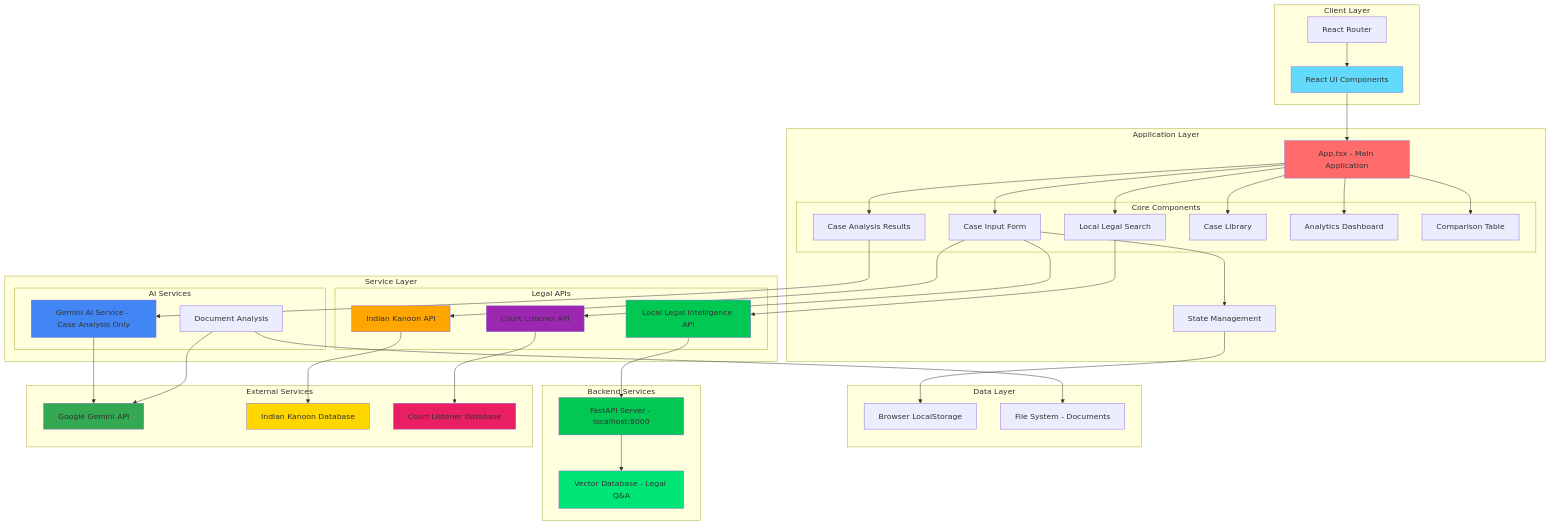
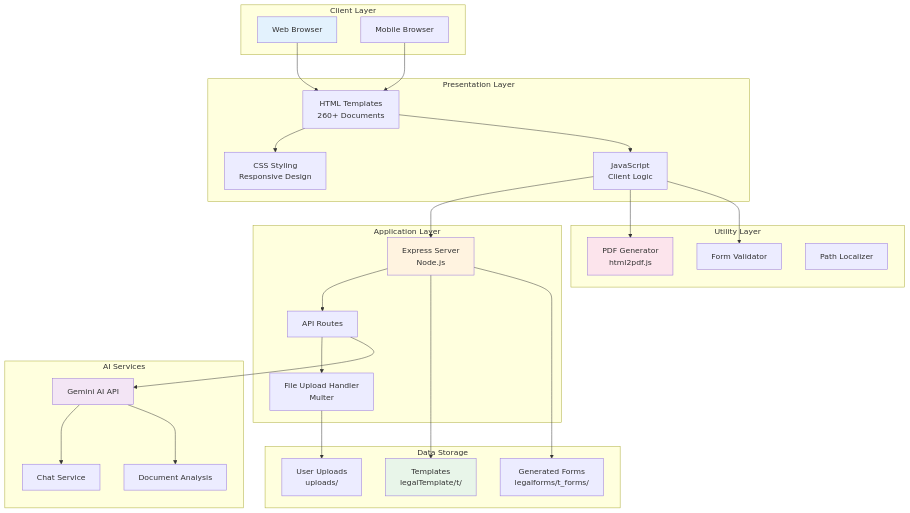
Before and after one commit to quantumNexus0/ai_legal_ecosystem: the first of 12 diagrams in README.md, drawn with Mermaid. The commit also changed other lines of this file, not shown here.

First line of the commit message:
Revise README for Legal Document Management System

````diff
--- a/README.md
+++ b/README.md
@@ -108,89 +132,59 @@
 ```mermaid
 graph TB
     subgraph "Client Layer"
-        UI[React UI Components]
-        Router[React Router]
+        A[Web Browser]
+        B[Mobile Browser]
     end
-
+    
+    subgraph "Presentation Layer"
+        C[HTML Templates<br/>260+ Documents]
+        D[CSS Styling<br/>Responsive Design]
+        E[JavaScript<br/>Client Logic]
+    end
+    
     subgraph "Application Layer"
-        App[App.tsx - Main Application]
-        State[State Management]
-        
-        subgraph "Core Components"
-            CaseInput[Case Input Form]
-            CaseAnalysis[Case Analysis Results]
-            AIChat[Local Legal Search]
-            CaseLib[Case Library]
-            Analytics[Analytics Dashboard]
-            Comparison[Comparison Table]
-        end
+        F[Express Server<br/>Node.js]
+        G[API Routes]
+        H[File Upload Handler<br/>Multer]
     end
-
-    subgraph "Service Layer"
-        subgraph "AI Services"
-            Gemini[Gemini AI Service - Case Analysis Only]
-            DocAnalysis[Document Analysis]
-        end
-        
-        subgraph "Legal APIs"
-            LocalAPI[Local Legal Intelligence API]
-            IndianK[Indian Kanoon API]
-            CourtL[Court Listener API]
-        end
+    
+    subgraph "AI Services"
+        I[Gemini AI API]
+        J[Chat Service]
+        K[Document Analysis]
     end
-
-    subgraph "Data Layer"
-        LocalStorage[Browser LocalStorage]
-        FileSystem[File System - Documents]
+    
+    subgraph "Data Storage"
+        L[Templates<br/>legalTemplate/t/]
+        M[Generated Forms<br/>legalforms/t_forms/]
+        N[User Uploads<br/>uploads/]
     end
-
-    subgraph "Backend Services"
-        LocalServer[FastAPI Server - localhost:8000]
-        VectorDB[Vector Database - Legal Q&A]
+    
+    subgraph "Utility Layer"
+        O[PDF Generator<br/>html2pdf.js]
+        P[Form Validator]
+        Q[Path Localizer]
     end
-
-    subgraph "External Services"
-        GeminiAPI[Google Gemini API]
-        IKAPI[Indian Kanoon Database]
-        CLAPI[Court Listener Database]
-    end
-
-    UI --> App
-    Router --> UI
-    App --> CaseInput
-    App --> CaseAnalysis
-    App --> AIChat
-    App --> CaseLib
-    App --> Analytics
-    App --> Comparison
     
-    CaseInput --> State
-    CaseAnalysis --> Gemini
-    AIChat --> LocalAPI
+    A --> C
+    B --> C
+    C --> D
+    C --> E
+    E --> F
+    F --> G
+    G --> H
+    G --> I
+    I --> J
+    I --> K
+    F --> L
+    F --> M
+    H --> N
+    E --> O
+    E --> P
     
-    LocalAPI --> LocalServer
-    LocalServer --> VectorDB
-    
-    Gemini --> GeminiAPI
-    DocAnalysis --> GeminiAPI
-    
-    CaseInput --> IndianK
-    CaseInput --> CourtL
-    IndianK --> IKAPI
-    CourtL --> CLAPI
-    
-    State --> LocalStorage
-    DocAnalysis --> FileSystem
-    
-    style UI fill:#61DAFB
-    style App fill:#FF6B6B
-    style Gemini fill:#4285F4
-    style LocalAPI fill:#00C853
-    style LocalServer fill:#00C853
-    style VectorDB fill:#00E676
-    style IndianK fill:#FFA500
-    style CourtL fill:#9C27B0
-    style GeminiAPI fill:#34A853
-    style IKAPI fill:#FFD700
-    style CLAPI fill:#E91E63
+    style A fill:#e3f2fd
+    style F fill:#fff3e0
+    style I fill:#f3e5f5
+    style L fill:#e8f5e9
+    style O fill:#fce4ec
 ```
````
